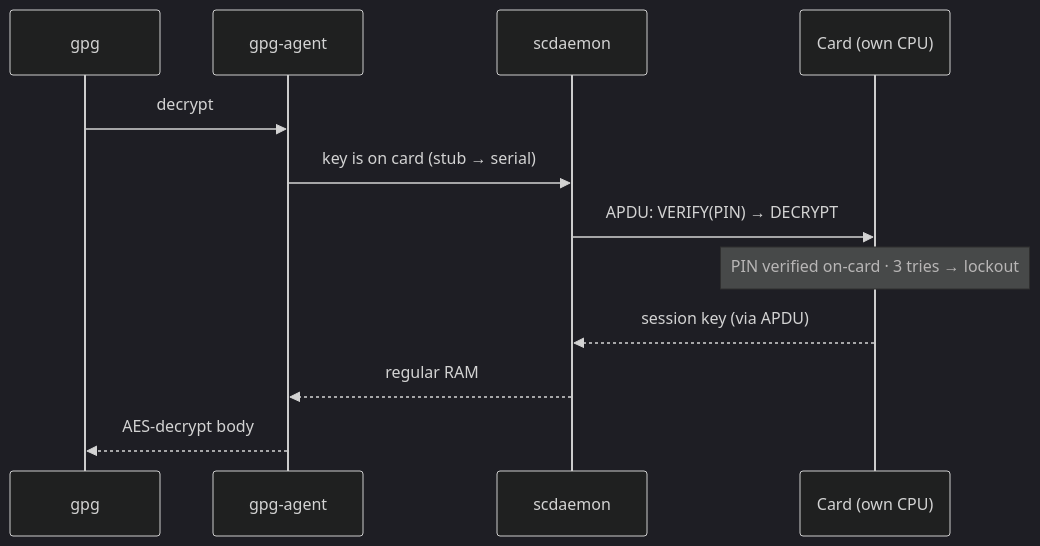
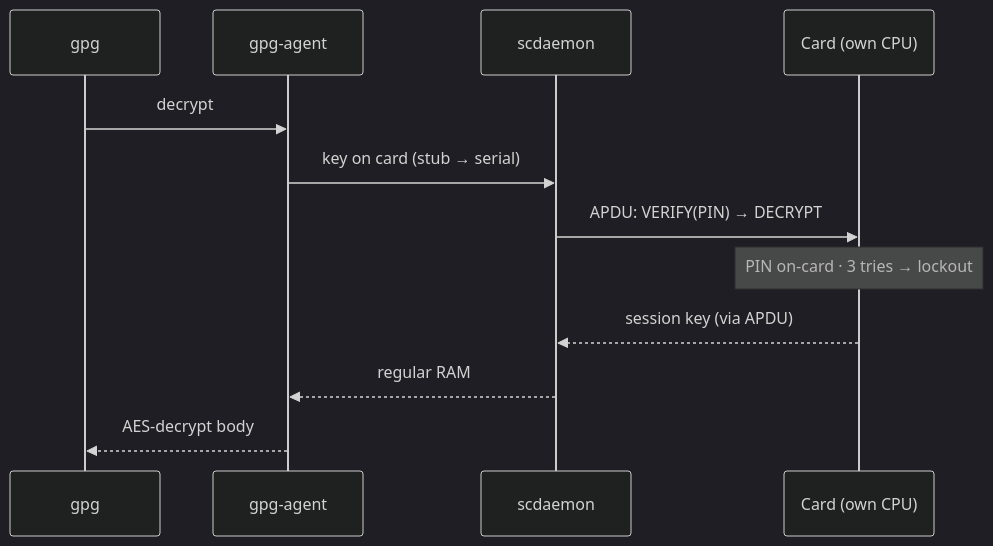
One commit to Franck-Sorel/presentations changed diagram 24 of 26 in slides.md. Above: the diagram before and after it, drawn with Mermaid (dark theme). The commit also changed other lines of this file and 222 other files, not shown here.

````diff
--- a/slides.md
+++ b/slides.md
@@ -629,14 +637,14 @@
-```mermaid {scale: 0.7}
+```mermaid {scale: 0.55}
 sequenceDiagram
     participant g as gpg
     participant a as gpg-agent
     participant s as scdaemon
     participant C as Card (own CPU)
     g->>a: decrypt
-    a->>s: key is on card (stub → serial)
+    a->>s: key on card (stub → serial)
     s->>C: APDU: VERIFY(PIN) → DECRYPT
-    Note over C: PIN verified on-card · 3 tries → lockout
+    Note over C: PIN on-card · 3 tries → lockout
     C-->>s: session key (via APDU)
     s-->>a: regular RAM
     a-->>g: AES-decrypt body
 ```
````
